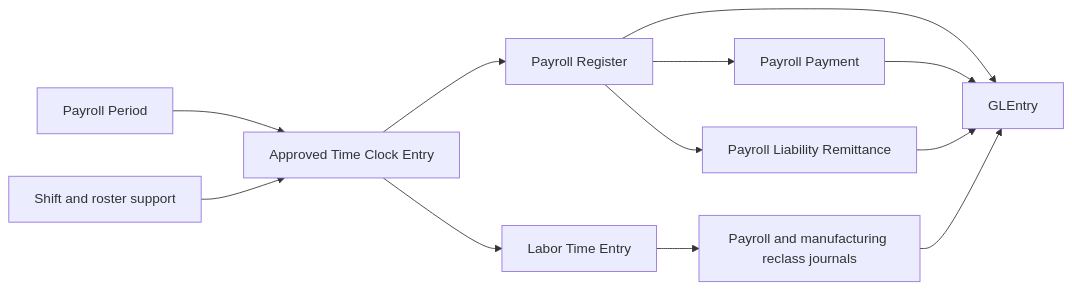
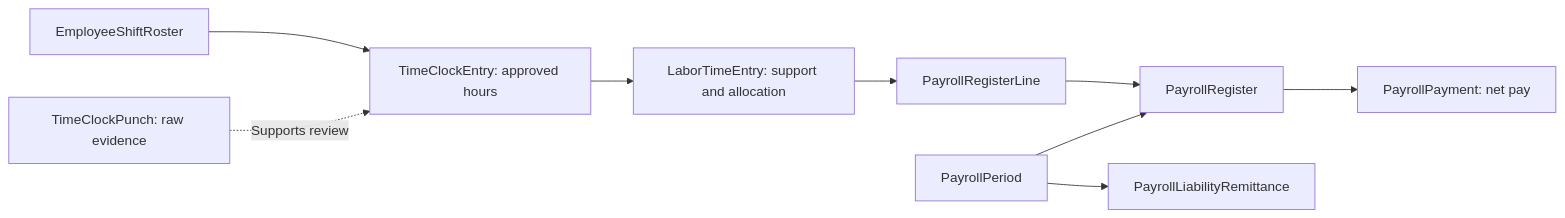
One commit to mmcodesso/CharlesRiver_Database changed the first of 6 diagrams in docs/processes/payroll.md. Above: the diagram before and after it, drawn with Mermaid. The commit also changed other lines of this file and 191 other files, not shown here.

````diff
--- a/docs/processes/payroll.md
+++ b/docs/processes/payroll.md
@@ -61,22 +80,11 @@
 ```mermaid
 flowchart LR
-    PP[Payroll Period]
-    SHIFT[Shift and roster support]
-    TCE[Approved Time Clock Entry]
-    LTE[Labor Time Entry]
-    PR[Payroll Register]
-    PAY[Payroll  Payment]
-    REM[Payroll Liability Remittance]
-    JRN[Payroll and manufacturing reclass journals]
-    GL[GLEntry]
-
-    PP --> TCE
-    SHIFT --> TCE --> LTE
-    TCE --> PR
-    PR --> PAY
-    PR --> REM
-    PR --> GL
-    PAY --> GL
-    REM --> GL
-    LTE --> JRN --> GL
+    ROSTER[EmployeeShiftRoster] --> TIME[TimeClockEntry: approved hours]
+    PUNCH[TimeClockPunch: raw evidence] -. Supports review .-> TIME
+    TIME --> LABOR[LaborTimeEntry: support and allocation]
+    LABOR --> LINES[PayrollRegisterLine]
+    LINES --> REG[PayrollRegister]
+    REG --> PAY[PayrollPayment: net pay]
+    PERIOD[PayrollPeriod] --> REG
+    PERIOD --> REMIT[PayrollLiabilityRemittance]
 ```
````
